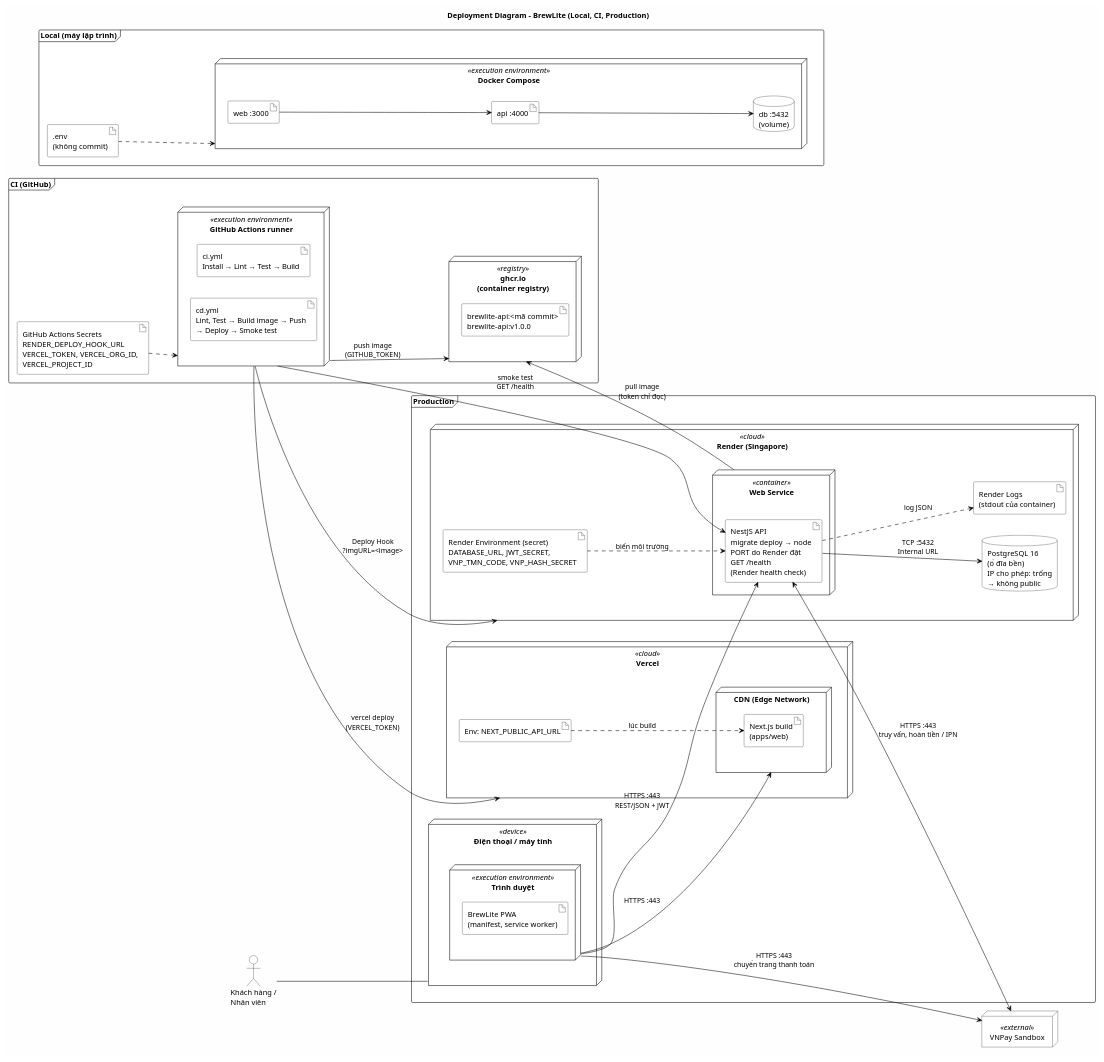
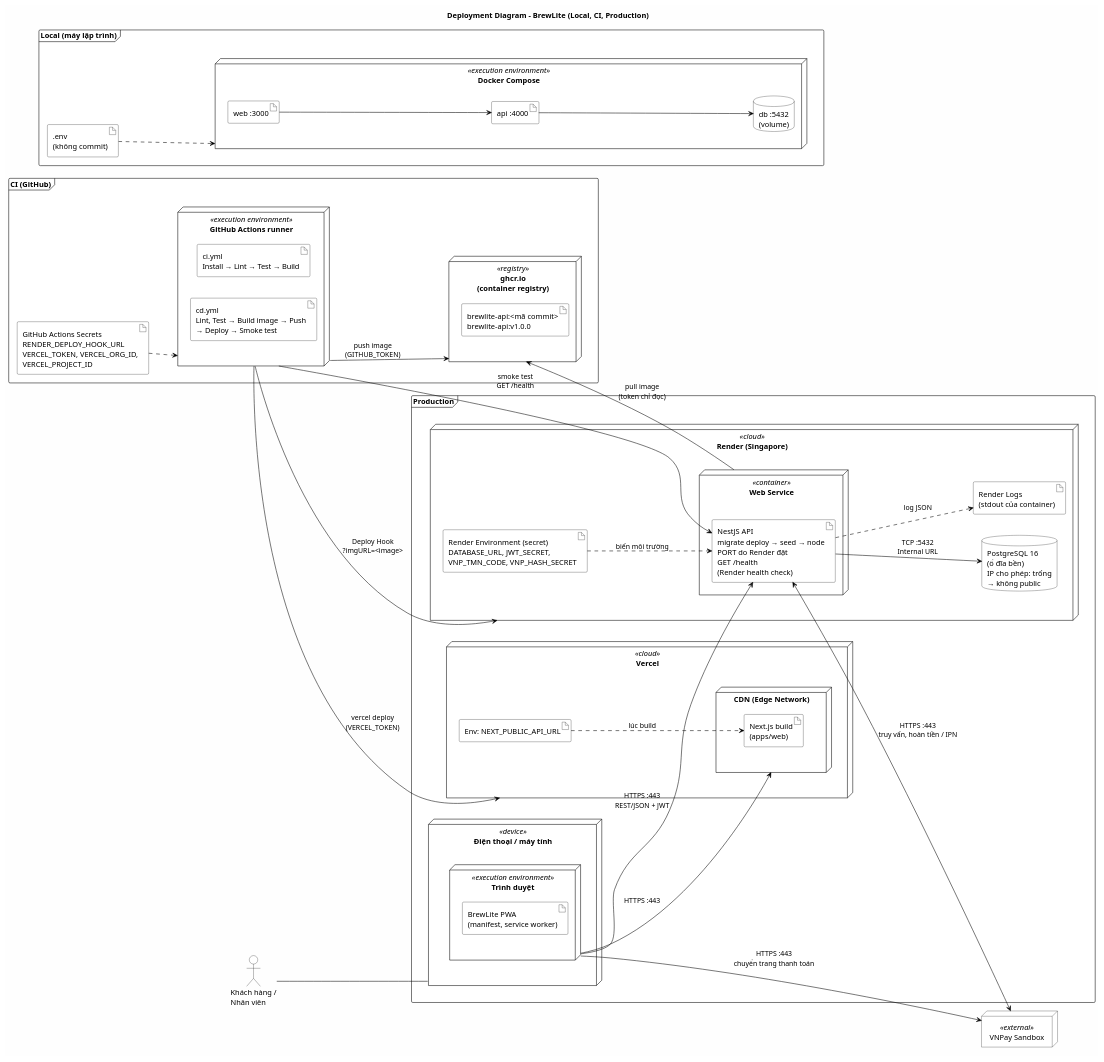
One commit to phi10hung/brewlite-ass2 changed the diagram in docs/architecture/deployment-diagram.puml. Above: the diagram before and after it, drawn with PlantUML. The commit also changed 4 other files, not shown here.

```diff
--- a/docs/architecture/deployment-diagram.puml
+++ b/docs/architecture/deployment-diagram.puml
@@ -1,90 +1,90 @@
 @startuml deployment-diagram
 title Deployment Diagram - BrewLite (Local, CI, Production)
 skinparam shadowing false
 skinparam backgroundColor #FEFEFE
 skinparam defaultFontName Arial
 skinparam ArrowColor black
 skinparam NodeBackgroundColor white
 skinparam NodeBorderColor black
 skinparam ArtifactBackgroundColor white
 skinparam ArtifactBorderColor black
 skinparam DatabaseBackgroundColor white
 skinparam DatabaseBorderColor black
 skinparam FrameBackgroundColor white
 skinparam FrameBorderColor black
 skinparam ActorBackgroundColor white
 skinparam ActorBorderColor black
 skinparam NoteBackgroundColor white
 skinparam NoteBorderColor black
 skinparam nodesep 40
 skinparam ranksep 60
 left to right direction
 
 actor "Khách hàng /\nNhân viên" as user
 
 frame "Local (máy lập trình)" as local {
   node "Docker Compose" <<execution environment>> as compose {
     artifact "web :3000" as l_web
     artifact "api :4000" as l_api
     database "db :5432\n(volume)" as l_db
   }
   artifact ".env\n(không commit)" as l_env
 }
 
 frame "CI (GitHub)" as ci {
   node "GitHub Actions runner" <<execution environment>> as runner {
     artifact "ci.yml\nInstall → Lint → Test → Build" as ci_yml
     artifact "cd.yml\nLint, Test → Build image → Push\n→ Deploy → Smoke test" as cd_yml
   }
   artifact "GitHub Actions Secrets\nRENDER_DEPLOY_HOOK_URL\nVERCEL_TOKEN, VERCEL_ORG_ID,\nVERCEL_PROJECT_ID" as gh_secret
   node "ghcr.io\n(container registry)" <<registry>> as ghcr {
     artifact "brewlite-api:<mã commit>\nbrewlite-api:v1.0.0" as image
   }
 }
 
 frame "Production" as prod {
   node "Điện thoại / máy tính" <<device>> as device {
     node "Trình duyệt" <<execution environment>> as browser {
       artifact "BrewLite PWA\n(manifest, service worker)" as pwa
     }
   }
   node "Vercel" <<cloud>> as vercel {
     node "CDN (Edge Network)" as cdn {
       artifact "Next.js build\n(apps/web)" as web_build
     }
     artifact "Env: NEXT_PUBLIC_API_URL" as vercel_env
   }
   node "Render (Singapore)" <<cloud>> as render {
     node "Web Service" <<container>> as api_node {
-      artifact "NestJS API\nmigrate deploy → node\nPORT do Render đặt\nGET /health\n(Render health check)" as api
+      artifact "NestJS API\nmigrate deploy → seed → node\nPORT do Render đặt\nGET /health\n(Render health check)" as api
     }
     artifact "Render Environment (secret)\nDATABASE_URL, JWT_SECRET,\nVNP_TMN_CODE, VNP_HASH_SECRET" as render_env
     database "PostgreSQL 16\n(ổ đĩa bền)\nIP cho phép: trống\n→ không public" as pg
     artifact "Render Logs\n(stdout của container)" as logs
   }
 }
 
 node "VNPay Sandbox" <<external>> as vnpay
 
 user -- device
 browser --> cdn : HTTPS :443
 browser --> api : HTTPS :443\nREST/JSON + JWT
 browser --> vnpay : HTTPS :443\nchuyển trang thanh toán
 api --> pg : TCP :5432\nInternal URL
 api <--> vnpay : HTTPS :443\ntruy vấn, hoàn tiền / IPN
 api ..> logs : log JSON
 render_env ..> api : biến môi trường
 vercel_env ..> web_build : lúc build
 
 l_web --> l_api
 l_api --> l_db
 l_env ..> compose
 
 runner --> ghcr : push image\n(GITHUB_TOKEN)
 gh_secret ..> runner
 runner --> render : Deploy Hook\n?imgURL=<image>
 runner --> vercel : vercel deploy\n(VERCEL_TOKEN)
 runner --> api : smoke test\nGET /health
 api_node --> ghcr : pull image\n(token chỉ đọc)
 
 @enduml
```
